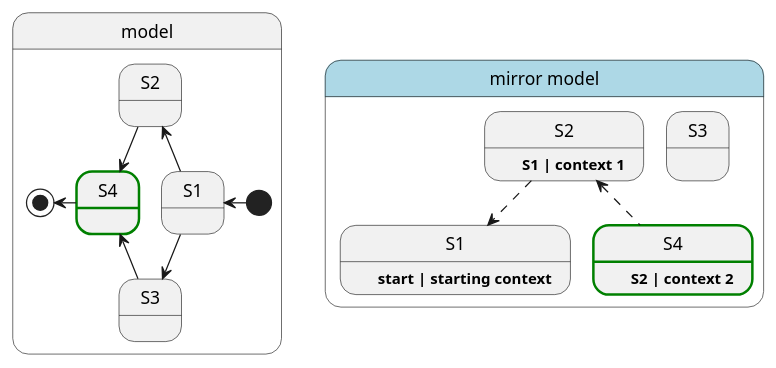
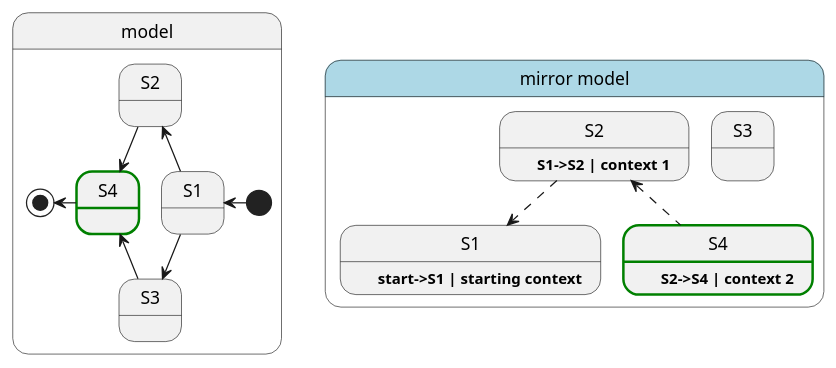
The diagram in docs/diagrams/enkrino4.puml (nemoworks/enkrinojs), drawn with PlantUML before and after one commit. The commit also changed 6 other files, not shown here.

```diff
--- a/docs/diagrams/enkrino4.puml
+++ b/docs/diagrams/enkrino4.puml
@@ -1,27 +1,27 @@
 @startuml
 state model {
     state S1 
     state S2 
     state S3 
     state S4 ##[bold]green
 
 
     [*] -left-> S1
     S1 -up-> S2
     S1 -down-> S3
     S2 -down-> S4
     S3 -up-> S4
     S4 -left-> [*]
 }
 
 state "mirror model" as mirror#lightblue{
-    state "S1" as MS1 : \t**start | starting context**
-    state "S2" as MS2 : \t**S1 | context 1**
+    state "S1" as MS1 : \t**start->S1 | starting context**
+    state "S2" as MS2 : \t**S1->S2 | context 1**
     state "S3" as MS3 : \t
-    state "S4" as MS4 ##[bold]green : \t**S2 | context 2**
+    state "S4" as MS4 ##[bold]green : \t**S2->S4 | context 2**
     MS2 -down[dashed]-> MS1
     MS4 -up[dashed]-> MS2
 
 }
 
 @enduml
```
